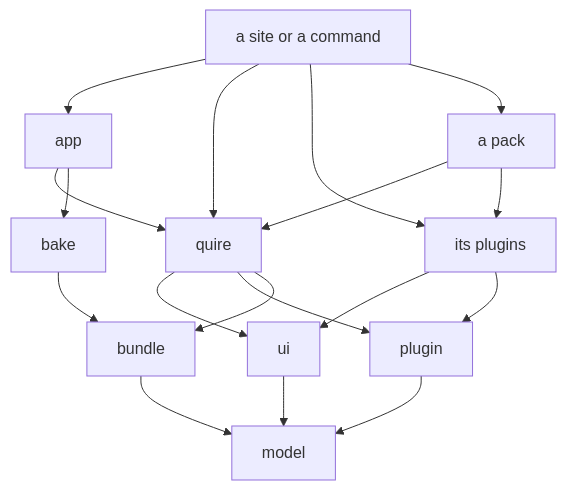
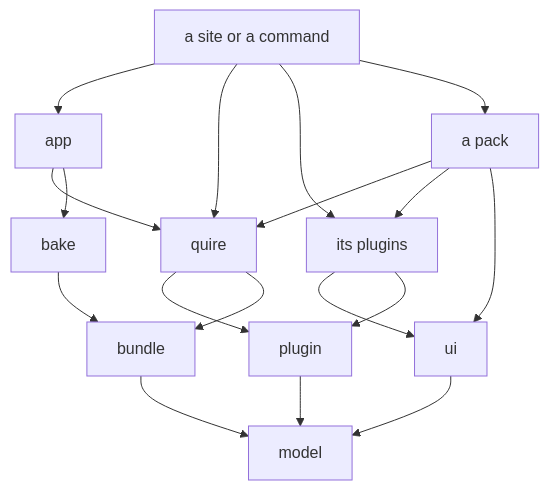
One commit to lahickey/quire changed the diagram in site/content/docs/architecture.md. Above: the diagram before and after it, drawn with Mermaid. The commit also changed other lines of this file and 121 other files, not shown here.

````diff
--- a/site/content/docs/architecture.md
+++ b/site/content/docs/architecture.md
@@ -53,20 +54,20 @@
 ```mermaid
 flowchart TD
   site[a site or a command] --> app
   site --> quire
   app --> quire
   app --> bake
   bake --> bundle
   site --> plugins[its plugins]
   site --> pack[a pack]
   pack --> quire
   pack --> plugins
-  quire --> ui
+  pack --> ui
   quire --> plugin
   plugins --> ui
   plugins --> plugin
   ui --> model
   plugin --> model
   quire --> bundle
   bundle --> model
 ```
````
